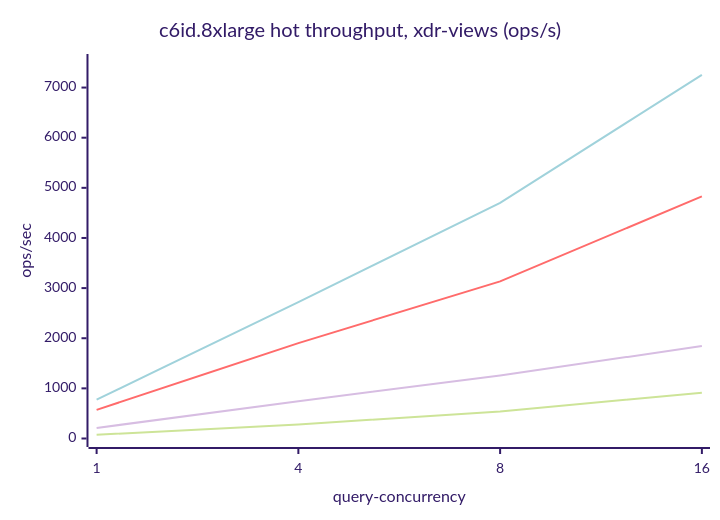
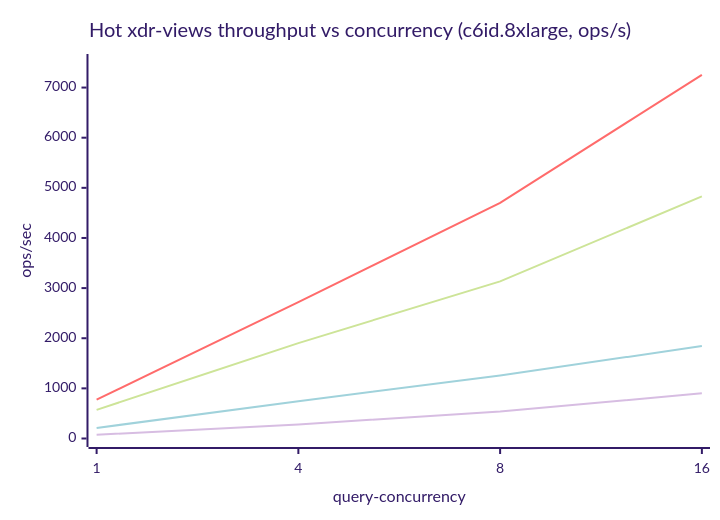
Before and after one commit to stellar/stellar-rpc: the diagram in cmd/stellar-rpc/scripts/bench-fullhistory/results/2026-06-03-cross-machine.md, drawn with Mermaid (forest theme). The commit also changed other lines of this file and 1 other file, not shown here.

````diff
--- a/cmd/stellar-rpc/scripts/bench-fullhistory/results/2026-06-03-cross-machine.md
+++ b/cmd/stellar-rpc/scripts/bench-fullhistory/results/2026-06-03-cross-machine.md
@@ -121,10 +122,10 @@
 ```mermaid
 xychart-beta
-    title "c6id.8xlarge hot throughput, xdr-views (ops/s)"
+    title "Hot xdr-views throughput vs concurrency (c6id.8xlarge, ops/s)"
     x-axis "query-concurrency" [1, 4, 8, 16]
     y-axis "ops/sec" 0 --> 7500
-    line [75, 280, 538, 913]
     line [571, 1903, 3135, 4830]
     line [775, 2720, 4700, 7253]
     line [210, 744, 1257, 1843]
+    line [75, 280, 538, 902]
 ```
````
